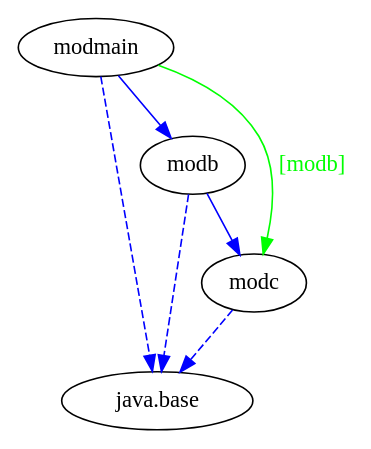
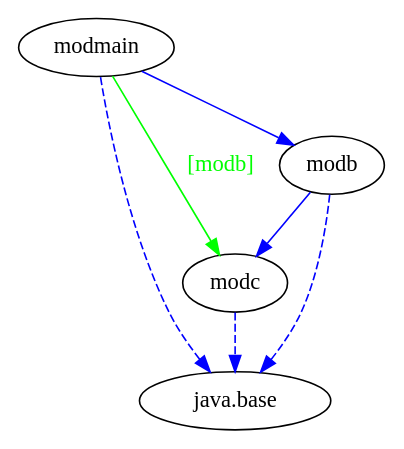
Before and after one commit to accso/java9-jigsaw-examples: the diagram in jigsaw-examples/example_requires-transitive_exports/moduledependencies.dot, drawn with Graphviz. The commit also changed 112 other files, not shown here.

```diff
--- a/jigsaw-examples/example_requires-transitive_exports/moduledependencies.dot
+++ b/jigsaw-examples/example_requires-transitive_exports/moduledependencies.dot
@@ -1,13 +1,13 @@
-# Created by depvis.JigsawDepVisualizer on Fri Dec 30 11:18:26 CET 2016
+# Created by depvis.JigsawDepVisualizer on Thu Mar 30 16:08:34 CEST 2017
 digraph Java9_Dependency_Visualizer {
+modc[fontname="Consolas",shape="ellipse",label="modc"];
+java_base[fontname="Consolas",shape="ellipse",label="java.base"];
+modb[fontname="Consolas",shape="ellipse",label="modb"];
 modmain[fontname="Consolas",shape="ellipse",label="modmain"];
-modb[fontname="Consolas",shape="ellipse",label="modb"];
-java_base[fontname="Consolas",shape="ellipse",label="java.base"];
-modc[fontname="Consolas",shape="ellipse",label="modc"];
+modc -> java_base[color="#0000ff",fontname="Consolas",fontcolor="#0000ff",style="dashed",weight="16"]
+modb -> modc[color="#0000ff",fontname="Consolas",fontcolor="#0000ff",weight="8"]
+modb -> java_base[color="#0000ff",fontname="Consolas",fontcolor="#0000ff",style="dashed",weight="16"]
 modmain -> modb[color="#0000ff",fontname="Consolas",fontcolor="#0000ff",weight="8"]
 modmain -> java_base[color="#0000ff",fontname="Consolas",fontcolor="#0000ff",style="dashed",weight="16"]
 modmain -> modc[color="#00ff00",fontname="Consolas",fontcolor="#00ff00",weight="4",label="[modb]"]
-modc -> java_base[color="#0000ff",fontname="Consolas",fontcolor="#0000ff",style="dashed",weight="16"]
-modb -> modc[color="#0000ff",fontname="Consolas",fontcolor="#0000ff",weight="8"]
-modb -> java_base[color="#0000ff",fontname="Consolas",fontcolor="#0000ff",style="dashed",weight="16"]
 }
```
